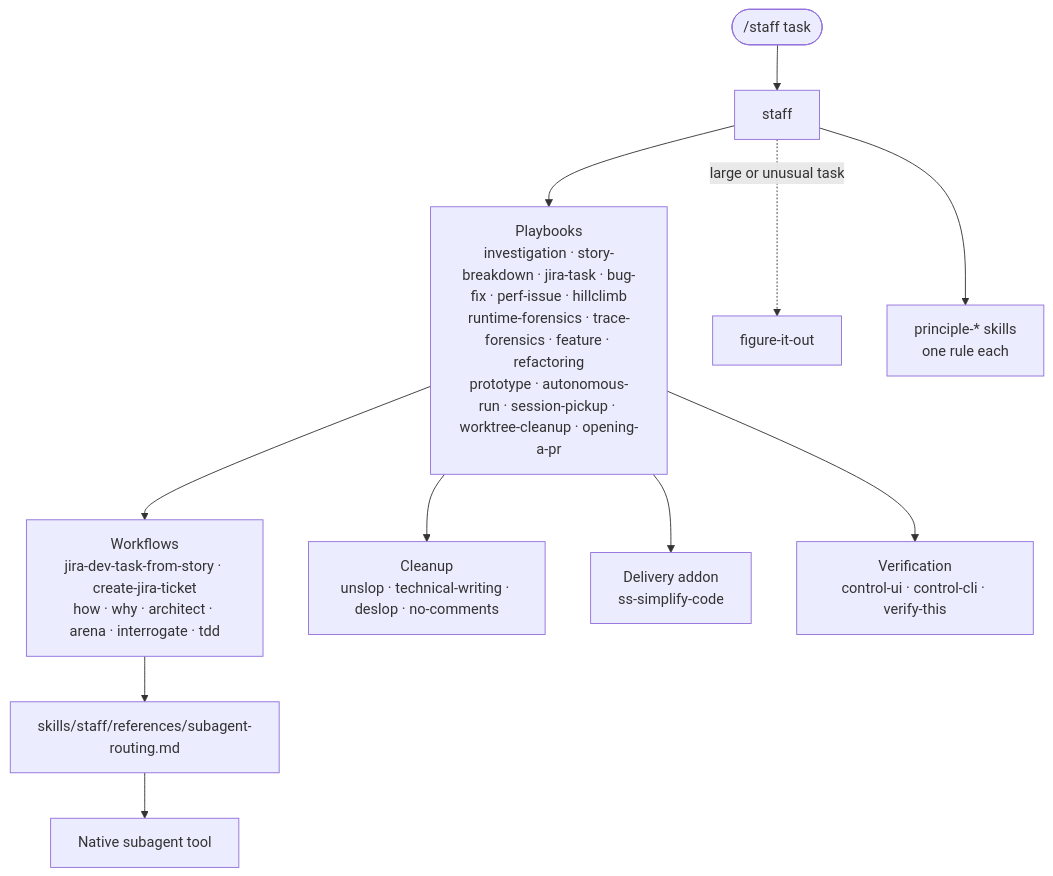
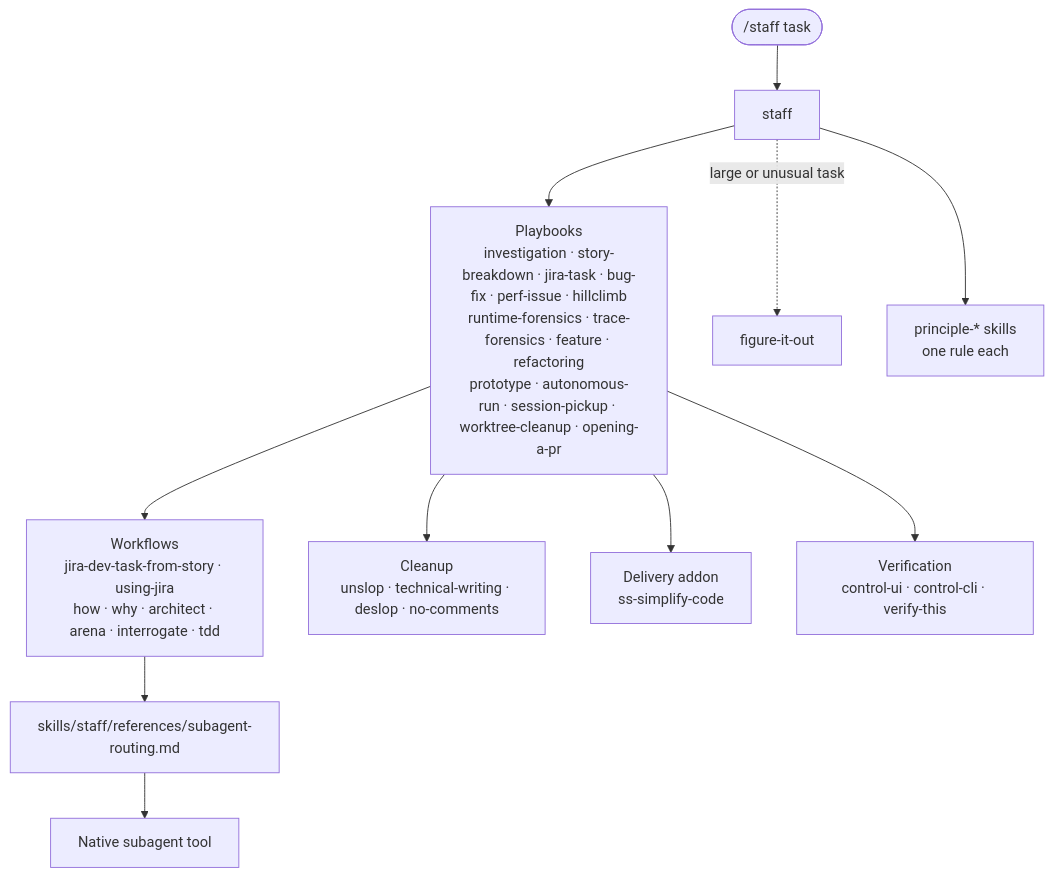
Before and after one commit to steven-yu-appier/steven-stack: the first of 2 diagrams in README.md, drawn with Mermaid. The commit also changed other lines of this file and 27 other files, not shown here.

First line of the commit message:
refactor: route Jira operations through using-jira

````diff
--- a/README.md
+++ b/README.md
@@ -116,13 +116,13 @@
 ```mermaid
 flowchart TD
     U(["/staff task"]) --> S[staff]
     S --> P["Playbooks<br/>investigation · story-breakdown · jira-task · bug-fix · perf-issue · hillclimb<br/>runtime-forensics · trace-forensics · feature · refactoring<br/>prototype · autonomous-run · session-pickup · worktree-cleanup · opening-a-pr"]
     S -. large or unusual task .-> F[figure-it-out]
     S --> PR["principle-* skills<br/>one rule each"]
-    P --> W["Workflows<br/>jira-dev-task-from-story · create-jira-ticket<br/>how · why · architect · arena · interrogate · tdd"]
+    P --> W["Workflows<br/>jira-dev-task-from-story · using-jira<br/>how · why · architect · arena · interrogate · tdd"]
     P --> Q["Cleanup<br/>unslop · technical-writing · deslop · no-comments"]
     P --> A["Delivery addon<br/>ss-simplify-code"]
     P --> V["Verification<br/>control-ui · control-cli · verify-this"]
     W --> R["skills/staff/references/subagent-routing.md"]
     R --> N["Native subagent tool"]
 ```
````
